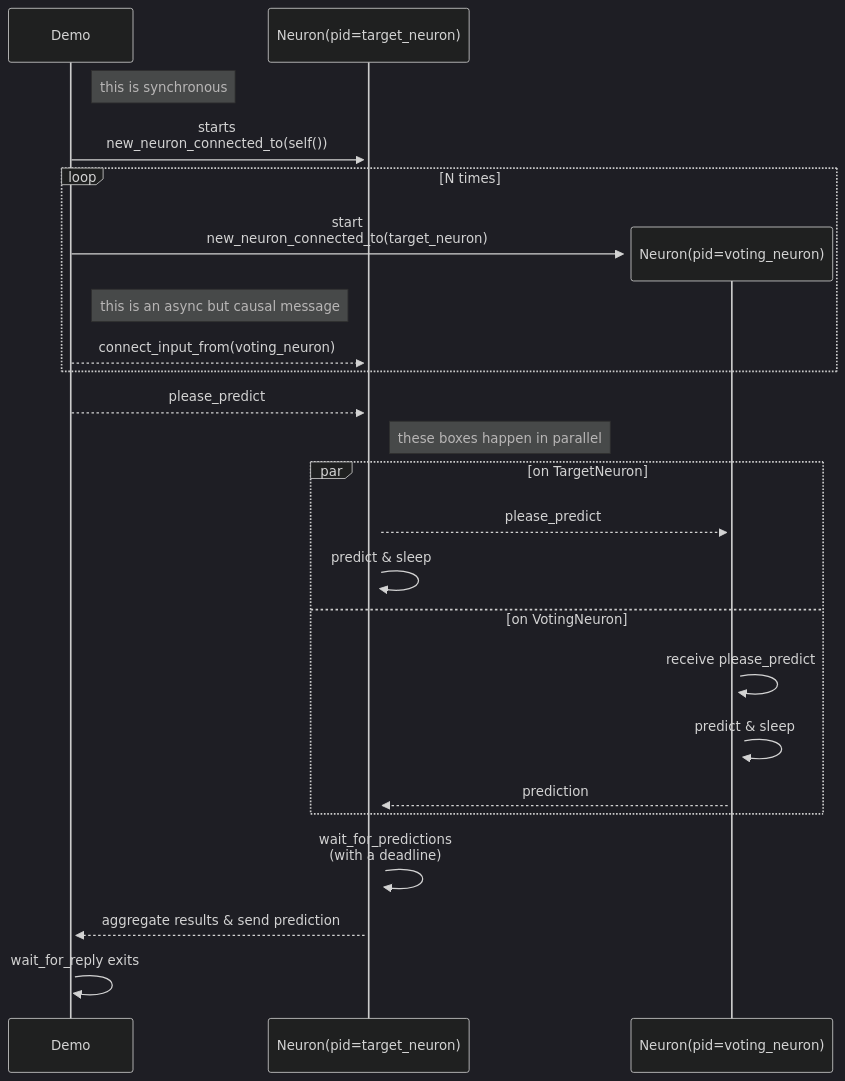
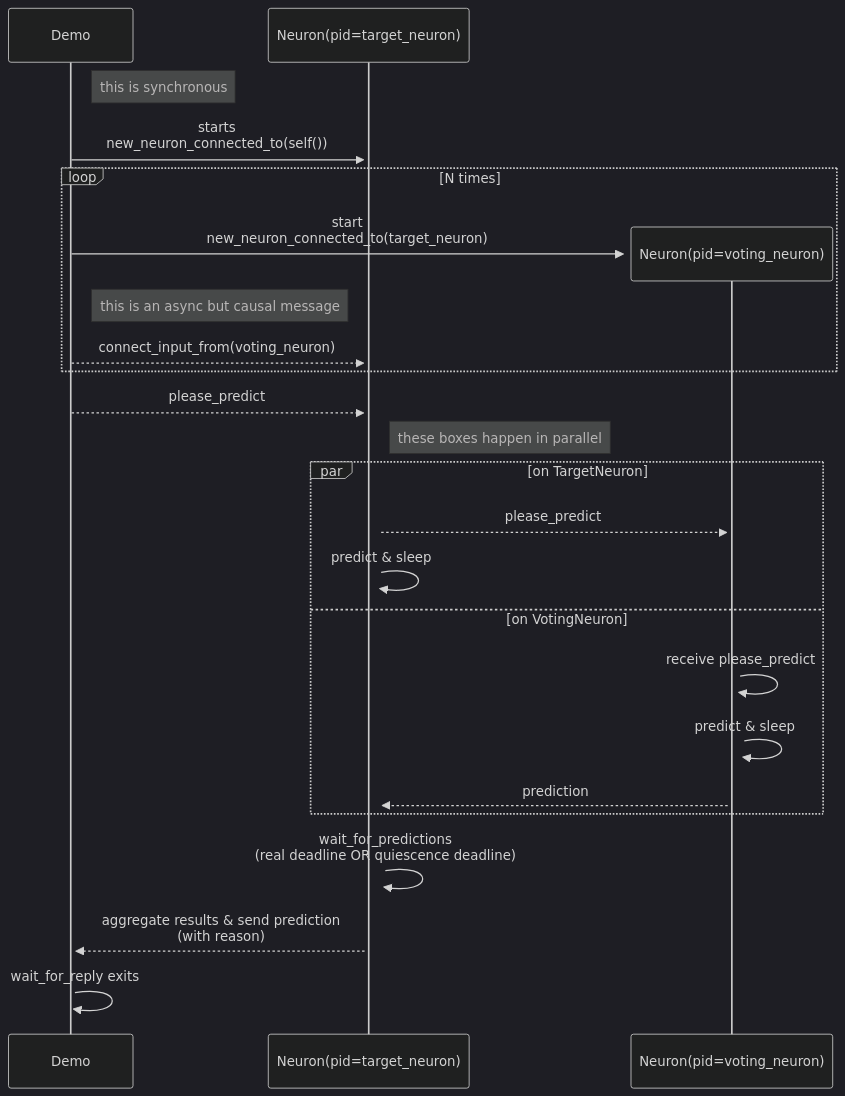
Before and after one commit to d-led/elixir_ne: the diagram in README.md, drawn with Mermaid (dark theme). The commit also changed other lines of this file and 4 other files, not shown here.

````diff
--- a/README.md
+++ b/README.md
@@ -5,27 +5,27 @@
 ```mermaid
 sequenceDiagram
     %% create participant TargetNeuron
     participant Demo
     participant TargetNeuron as Neuron(pid=target_neuron)
     Note right of Demo: this is synchronous
     Demo->>+TargetNeuron: starts <br> new_neuron_connected_to(self())
     loop N times
         create participant VotingNeuron as Neuron(pid=voting_neuron)
         Demo->>+VotingNeuron: start <br> new_neuron_connected_to(target_neuron)
         Note right of Demo: this is an async but causal message
         Demo-->>+TargetNeuron: connect_input_from(voting_neuron)
     end
     Demo-->>+TargetNeuron: please_predict
     note right of TargetNeuron: these boxes happen in parallel
     par on TargetNeuron
         TargetNeuron-->>+VotingNeuron: please_predict
         TargetNeuron->>TargetNeuron: predict & sleep
     and on VotingNeuron
         VotingNeuron->>+VotingNeuron: receive please_predict
         VotingNeuron->>+VotingNeuron: predict & sleep
         VotingNeuron-->>+TargetNeuron: prediction
     end
-    TargetNeuron->>+TargetNeuron: wait_for_predictions <br> (with a deadline)
-    TargetNeuron-->>+Demo: aggregate results & send prediction
+    TargetNeuron->>+TargetNeuron: wait_for_predictions <br> (real deadline OR quiescence deadline)
+    TargetNeuron-->>+Demo: aggregate results & send prediction <br> (with reason)
     Demo->>+Demo: wait_for_reply exits
 ```
````
